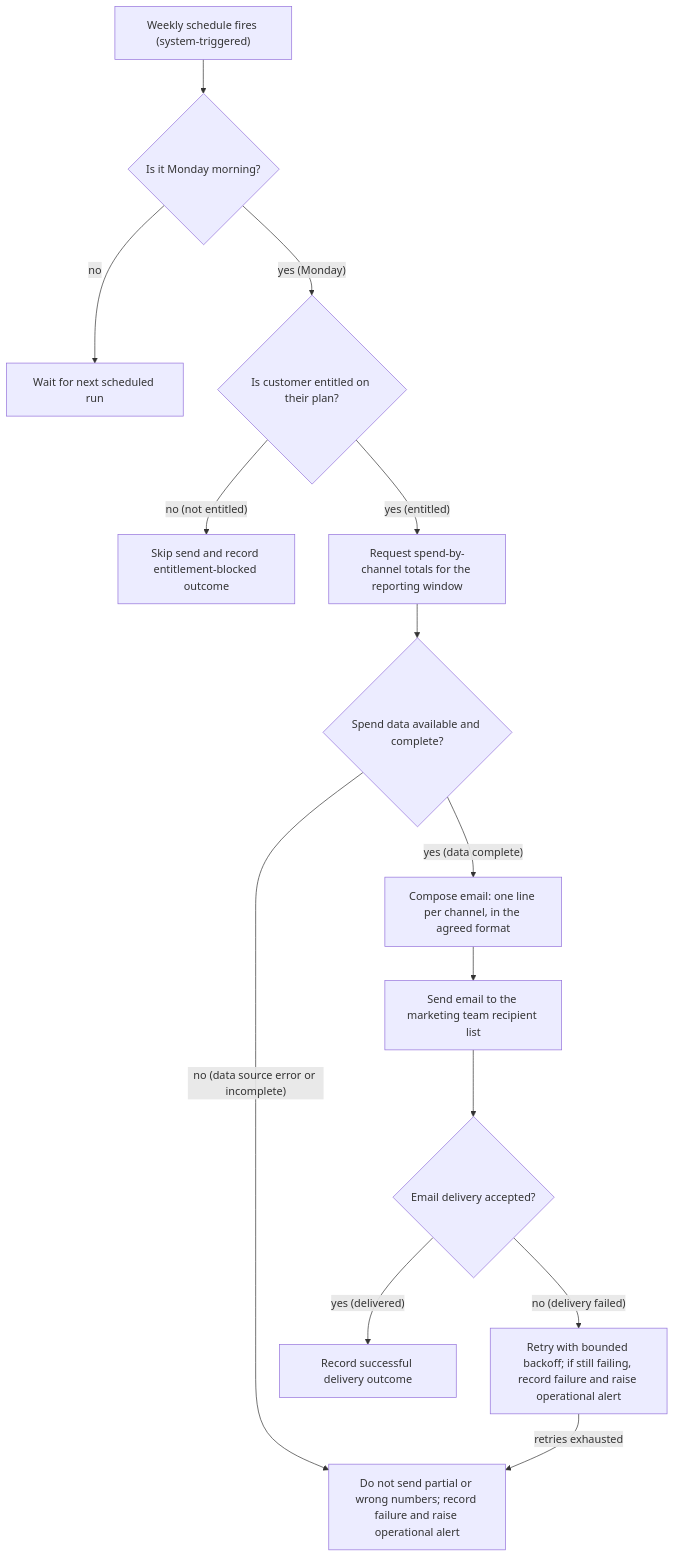
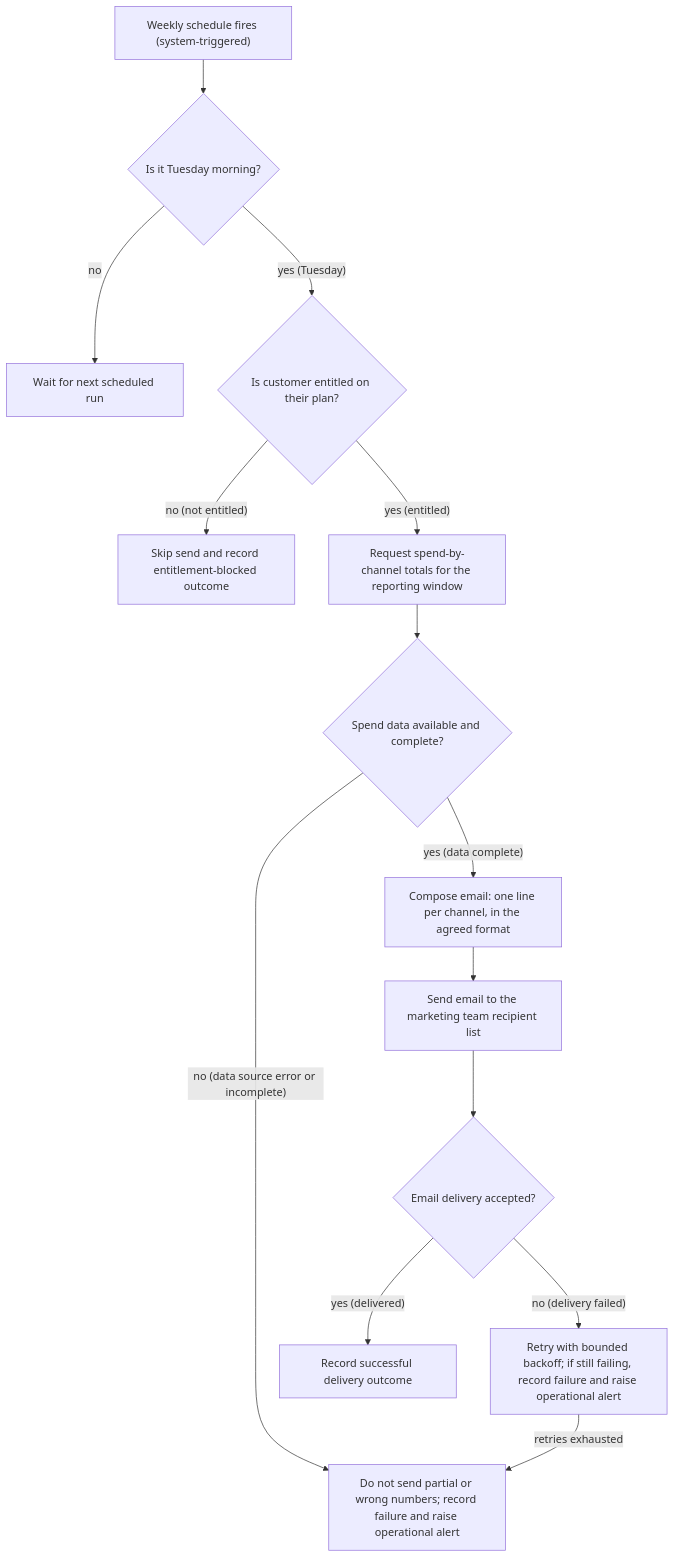
The diagram in docs/16-PRDs/080-k4a-weekly-spend-by-channel-email-summary/product-spec.md (mayank-kochava/aisdlc-docs-sandbox), drawn with Mermaid before and after one commit. The commit also changed other lines of this file and 2 other files, not shown here.

````diff
--- a/docs/16-PRDs/080-k4a-weekly-spend-by-channel-email-summary/product-spec.md
+++ b/docs/16-PRDs/080-k4a-weekly-spend-by-channel-email-summary/product-spec.md
@@ -37,16 +37,16 @@
 ```mermaid
 flowchart TD
-    A["Weekly schedule fires (system-triggered)"] --> B{"Is it Monday morning?"}
+    A["Weekly schedule fires (system-triggered)"] --> B{"Is it Tuesday morning?"}
     B -->|"no"| Z["Wait for next scheduled run"]
-    B -->|"yes (Monday)"| C{"Is customer entitled on their plan?"}
+    B -->|"yes (Tuesday)"| C{"Is customer entitled on their plan?"}
     C -->|"no (not entitled)"| D["Skip send and record entitlement-blocked outcome"]
     C -->|"yes (entitled)"| E["Request spend-by-channel totals for the reporting window"]
     E --> F{"Spend data available and complete?"}
     F -->|"no (data source error or incomplete)"| G["Do not send partial or wrong numbers; record failure and raise operational alert"]
     F -->|"yes (data complete)"| H["Compose email: one line per channel, in the agreed format"]
     H --> I["Send email to the marketing team recipient list"]
     I --> J{"Email delivery accepted?"}
     J -->|"no (delivery failed)"| K["Retry with bounded backoff; if still failing, record failure and raise operational alert"]
     J -->|"yes (delivered)"| L["Record successful delivery outcome"]
     K -->|"retries exhausted"| G
 ```
````
